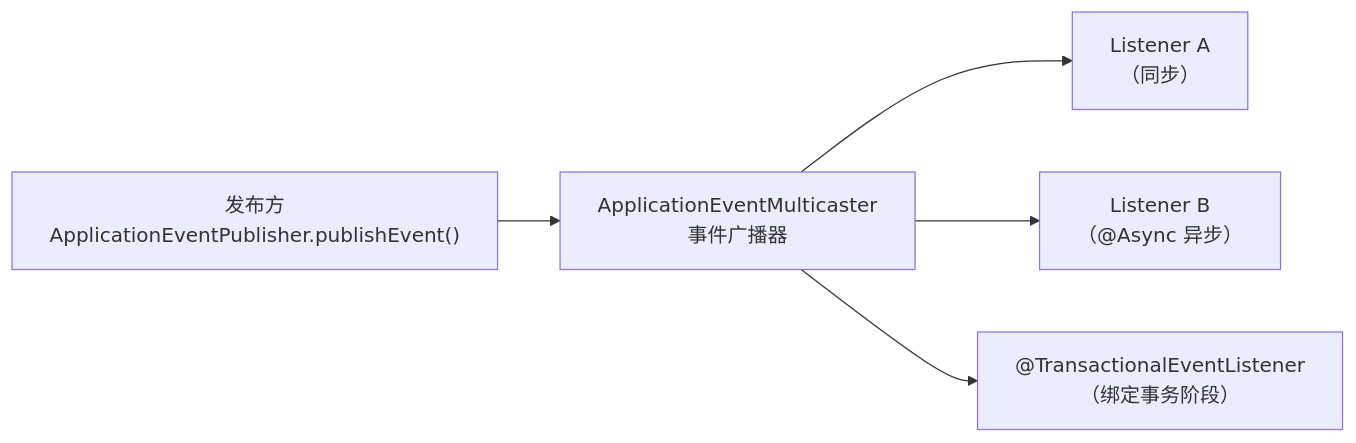
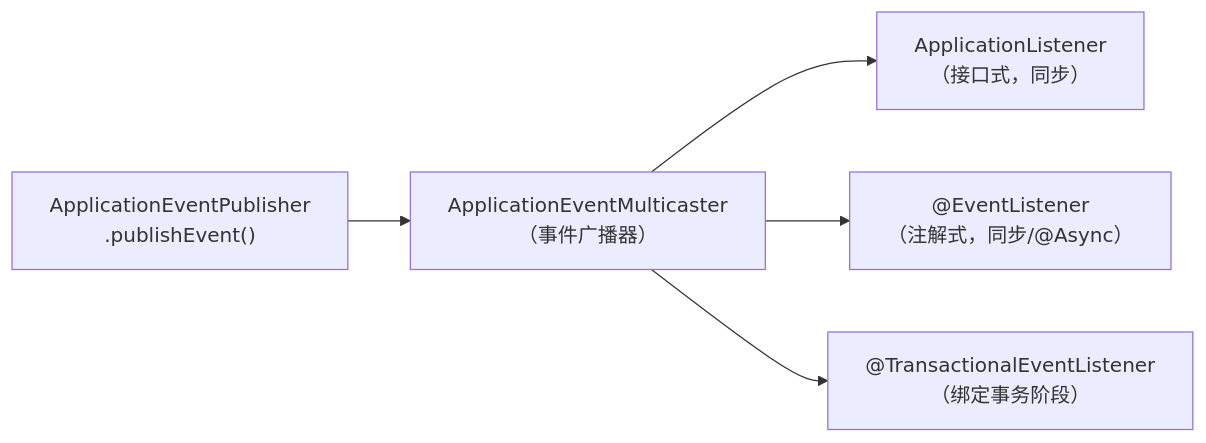
Before and after one commit to b1tzer/b1tzer.github.io: the third of 5 diagrams in docs/02-spring/01-核心基础/04-Spring扩展点详解.md, drawn with Mermaid. The commit also changed other lines of this file and 10 other files, not shown here.

````diff
--- a/docs/02-spring/01-核心基础/04-Spring扩展点详解.md
+++ b/docs/02-spring/01-核心基础/04-Spring扩展点详解.md
@@ -303,7 +396,7 @@
 ```mermaid
 flowchart LR
-    Pub["发布方<br>ApplicationEventPublisher.publishEvent()"] --> Mul["ApplicationEventMulticaster<br>事件广播器"]
-    Mul --> L1["Listener A<br>（同步）"]
-    Mul --> L2["Listener B<br>（@Async 异步）"]
+    Pub["ApplicationEventPublisher<br>.publishEvent()"] --> Mul["ApplicationEventMulticaster<br>（事件广播器）"]
+    Mul --> L1["ApplicationListener<br>（接口式，同步）"]
+    Mul --> L2["@EventListener<br>（注解式，同步/@Async）"]
     Mul --> L3["@TransactionalEventListener<br>（绑定事务阶段）"]
 ```
````
